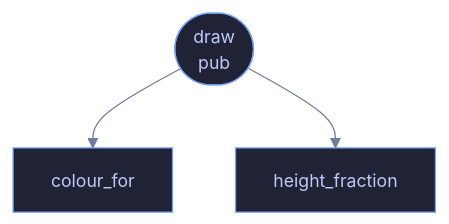
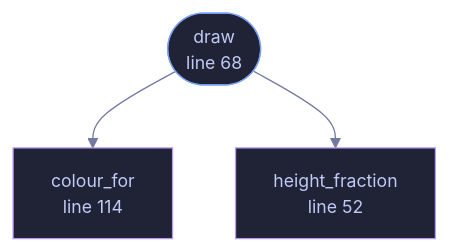
One commit to tilas01/veilvoice changed the diagram in docs/files/veilvoice-gui/soundbar.md. Above: the diagram before and after it, drawn with Mermaid. The commit also changed other lines of this file and 182 other files, not shown here.

````diff
--- a/docs/files/veilvoice-gui/soundbar.md
+++ b/docs/files/veilvoice-gui/soundbar.md
@@ -62,9 +74,13 @@
 ```mermaid
 %%{init: {"theme":"base","themeVariables":{"background":"#1a1b26","primaryColor":"#1f2335","primaryTextColor":"#c0caf5","primaryBorderColor":"#7aa2f7","secondaryColor":"#16161e","tertiaryColor":"#16161e","lineColor":"#737aa2","textColor":"#c0caf5","mainBkg":"#1f2335","nodeBorder":"#7aa2f7","clusterBkg":"#16161e","clusterBorder":"#2f3549","fontFamily":"ui-monospace, SFMono-Regular, Consolas, monospace","fontSize":"14px"}}}%%
 flowchart TD
-    n_height_fraction["height_fraction"]
-    n_draw(["draw<br/>pub"])
-    n_colour_for["colour_for"]
+    n_height_fraction["height_fraction<br/>line 52"]
+    n_draw(["draw<br/>line 68"])
+    n_colour_for["colour_for<br/>line 114"]
     n_draw --> n_colour_for
     n_draw --> n_height_fraction
+    classDef entry fill:#1f2335,stroke:#7aa2f7,color:#c0caf5
+    class n_draw entry
+    classDef helper fill:#1f2335,stroke:#bb9af7,color:#c0caf5
+    class n_height_fraction,n_colour_for helper
 ```
````
